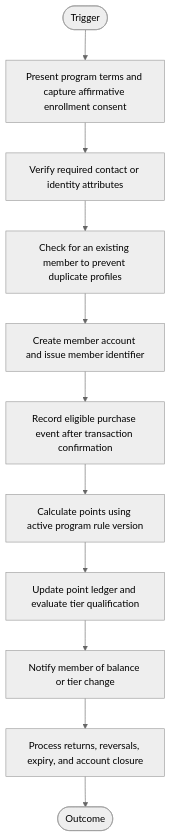
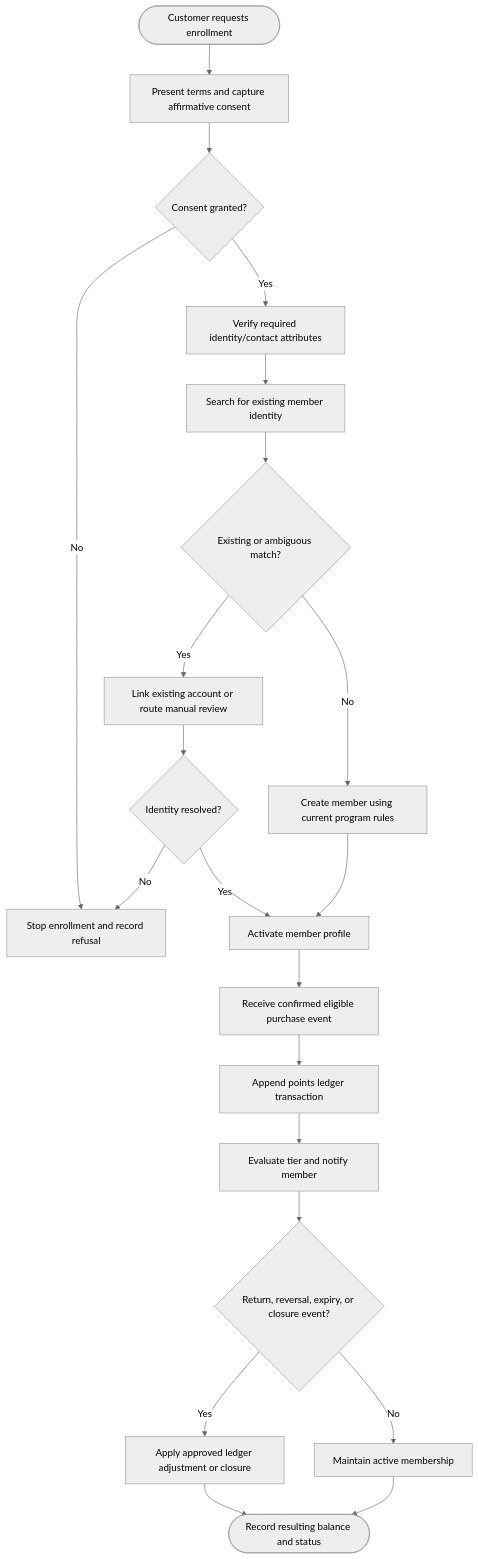
Before and after one commit to reviveproject4-source/visual-business-flows: the first of 3 diagrams in 02-crm-and-customer-retention/customer-onboarding-journey.md, drawn with Mermaid (neutral theme). The commit also changed other lines of this file and 14 other files, not shown here.

First line of the commit message:
Align workflow diagrams with business rules and exceptions

````diff
--- a/02-crm-and-customer-retention/customer-onboarding-journey.md
+++ b/02-crm-and-customer-retention/customer-onboarding-journey.md
@@ -55,22 +55,23 @@
 ```mermaid
 flowchart TD
-    Start([Trigger]) --> S1
-    S1[Present program terms and capture affirmative enrollment consent]
-    S2[Verify required contact or identity attributes]
-    S3[Check for an existing member to prevent duplicate profiles]
-    S4[Create member account and issue member identifier]
-    S5[Record eligible purchase event after transaction confirmation]
-    S6[Calculate points using active program rule version]
-    S7[Update point ledger and evaluate tier qualification]
-    S8[Notify member of balance or tier change]
-    S9[Process returns, reversals, expiry, and account closure]
-    S1 --> S2
-    S2 --> S3
-    S3 --> S4
-    S4 --> S5
-    S5 --> S6
-    S6 --> S7
-    S7 --> S8
-    S8 --> S9
-    S9 --> End([Outcome])
+    A([Customer requests enrollment]) --> B[Present terms and capture affirmative consent]
+    B --> C{Consent granted?}
+    C -->|No| X[Stop enrollment and record refusal]
+    C -->|Yes| D[Verify required identity/contact attributes]
+    D --> E[Search for existing member identity]
+    E --> F{Existing or ambiguous match?}
+    F -->|Yes| G[Link existing account or route manual review]
+    G --> H{Identity resolved?}
+    H -->|No| X
+    H -->|Yes| I[Activate member profile]
+    F -->|No| J[Create member using current program rules]
+    J --> I
+    I --> K[Receive confirmed eligible purchase event]
+    K --> L[Append points ledger transaction]
+    L --> M[Evaluate tier and notify member]
+    M --> N{Return, reversal, expiry, or closure event?}
+    N -->|Yes| O[Apply approved ledger adjustment or closure]
+    N -->|No| P[Maintain active membership]
+    O --> Q([Record resulting balance and status])
+    P --> Q
 ```
````
